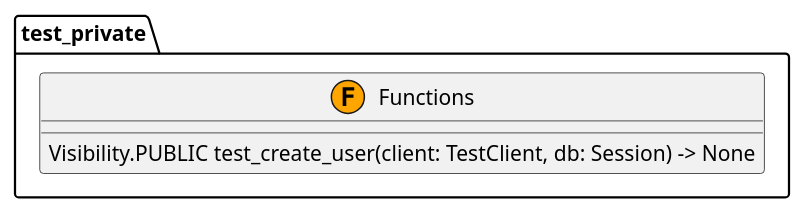
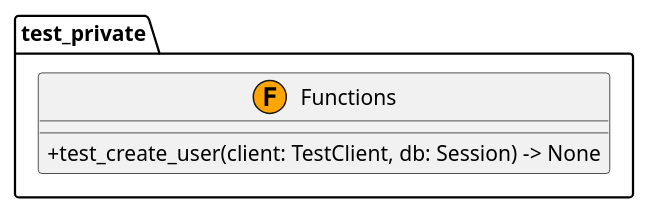
The diagram in docs/source/_generated_uml/test_private.puml (jswans33/my-full-stack-fastapi-template), drawn with PlantUML before and after one commit. The commit also changed 50 other files, not shown here.

Commit message:
Add configuration module for UML generator and update visibility in UML diagrams

```diff
--- a/docs/source/_generated_uml/test_private.puml
+++ b/docs/source/_generated_uml/test_private.puml
@@ -1,11 +1,11 @@
 @startuml
 skinparam classAttributeIconSize 0
 
 package "test_private" {
   class Functions <<(F,orange)>> {
-    Visibility.PUBLIC test_create_user(client: TestClient, db: Session) -> None
+    +test_create_user(client: TestClient, db: Session) -> None
   }
 }
 
 ' Relationships
 @enduml
```
